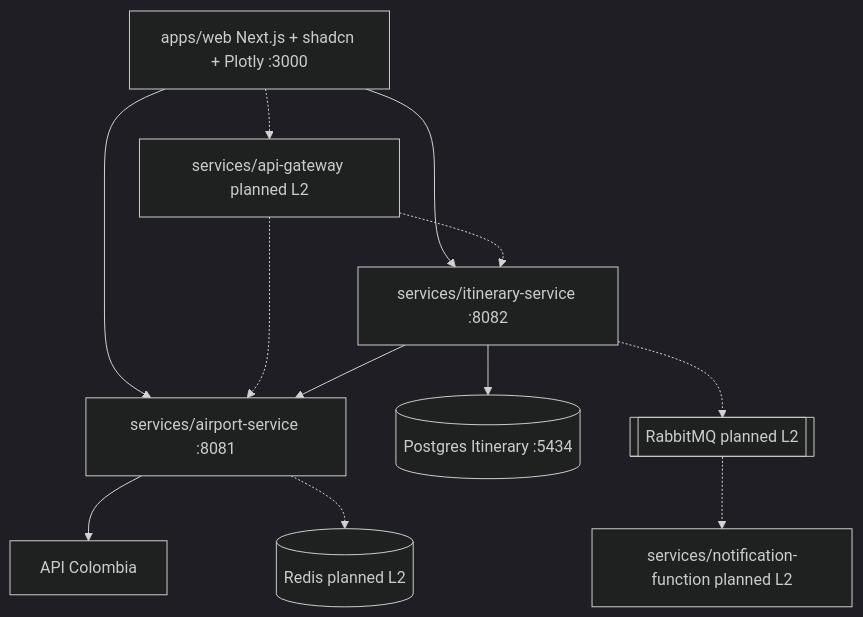
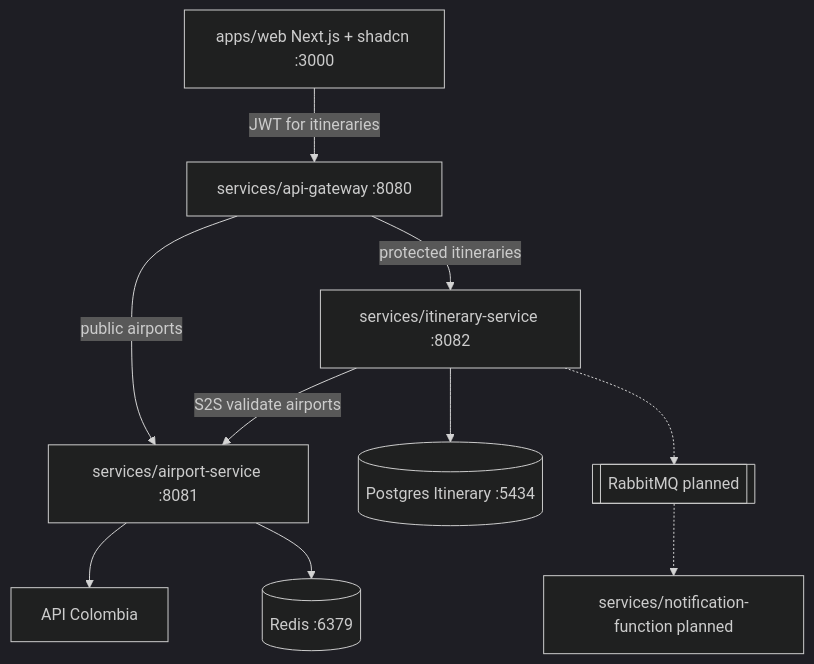
One commit to bue221/proyecto-arquitectura-software-emergente changed the diagram in wiki/Diagrams-components.md. Above: the diagram before and after it, drawn with Mermaid (dark theme). The commit also changed other lines of this file and 28 other files, not shown here.

````diff
--- a/wiki/Diagrams-components.md
+++ b/wiki/Diagrams-components.md
@@ -6,26 +6,22 @@
 ```mermaid
 flowchart TB
-  WEB[apps/web Next.js + shadcn + Plotly :3000]
-
-  GW[services/api-gateway planned L2]
+  WEB[apps/web Next.js + shadcn :3000]
+  GW[services/api-gateway :8080]
   AIR[services/airport-service :8081]
   ITI[services/itinerary-service :8082]
-  NF[services/notification-function planned L2]
-
+  NF[services/notification-function planned]
   PG2[(Postgres Itinerary :5434)]
-  REDIS[(Redis planned L2)]
-  RMQ[[RabbitMQ planned L2]]
+  REDIS[(Redis :6379)]
+  RMQ[[RabbitMQ planned]]
   COL[API Colombia]
 
-  WEB --> AIR
-  WEB --> ITI
-  WEB -.-> GW
-  GW -.-> AIR
-  GW -.-> ITI
-  ITI --> AIR
+  WEB -->|JWT for itineraries| GW
+  GW -->|public airports| AIR
+  GW -->|protected itineraries| ITI
+  ITI -->|S2S validate airports| AIR
   AIR --> COL
-  AIR -.-> REDIS
+  AIR --> REDIS
   ITI --> PG2
   ITI -.-> RMQ
   RMQ -.-> NF
 ```
````
